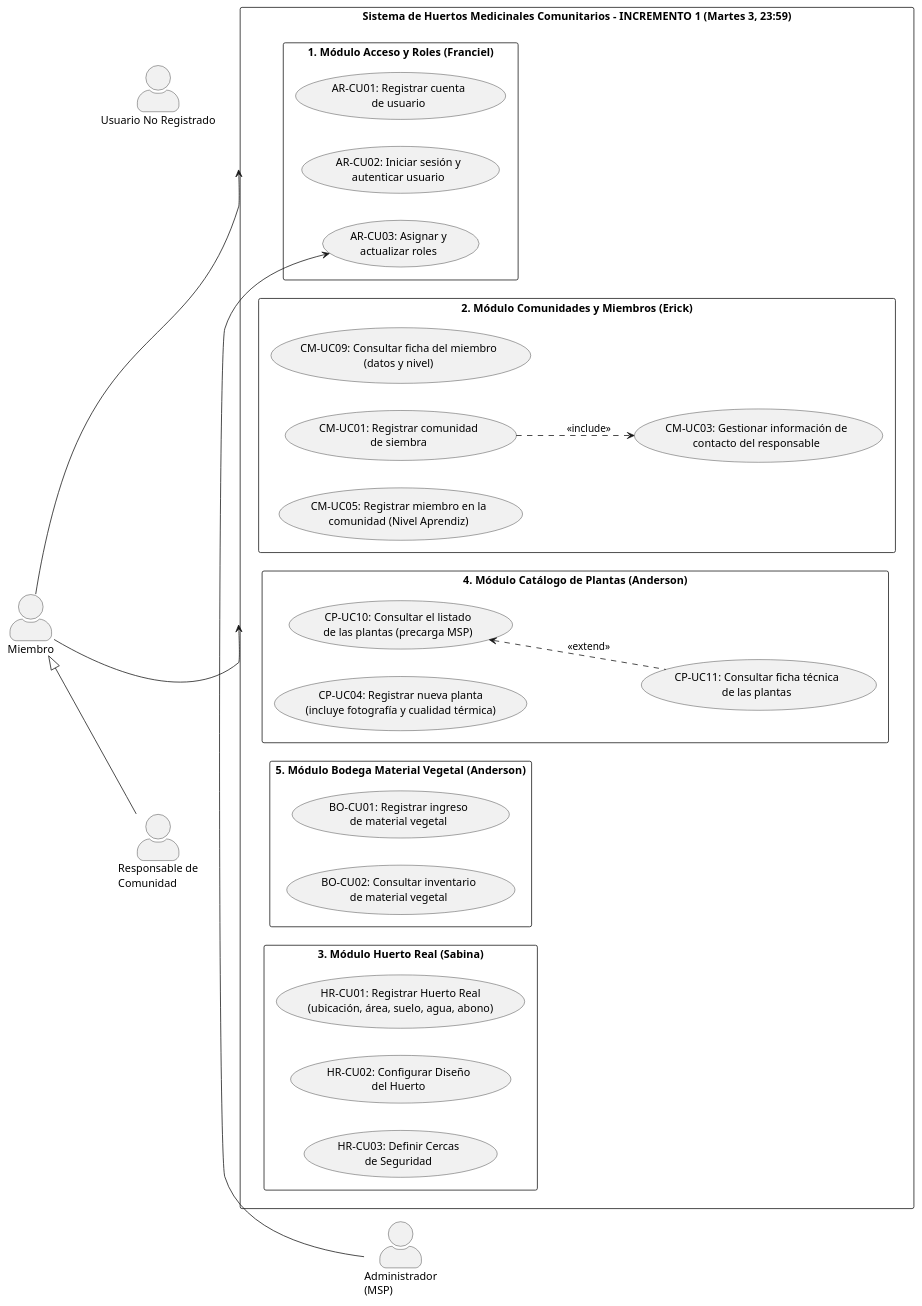
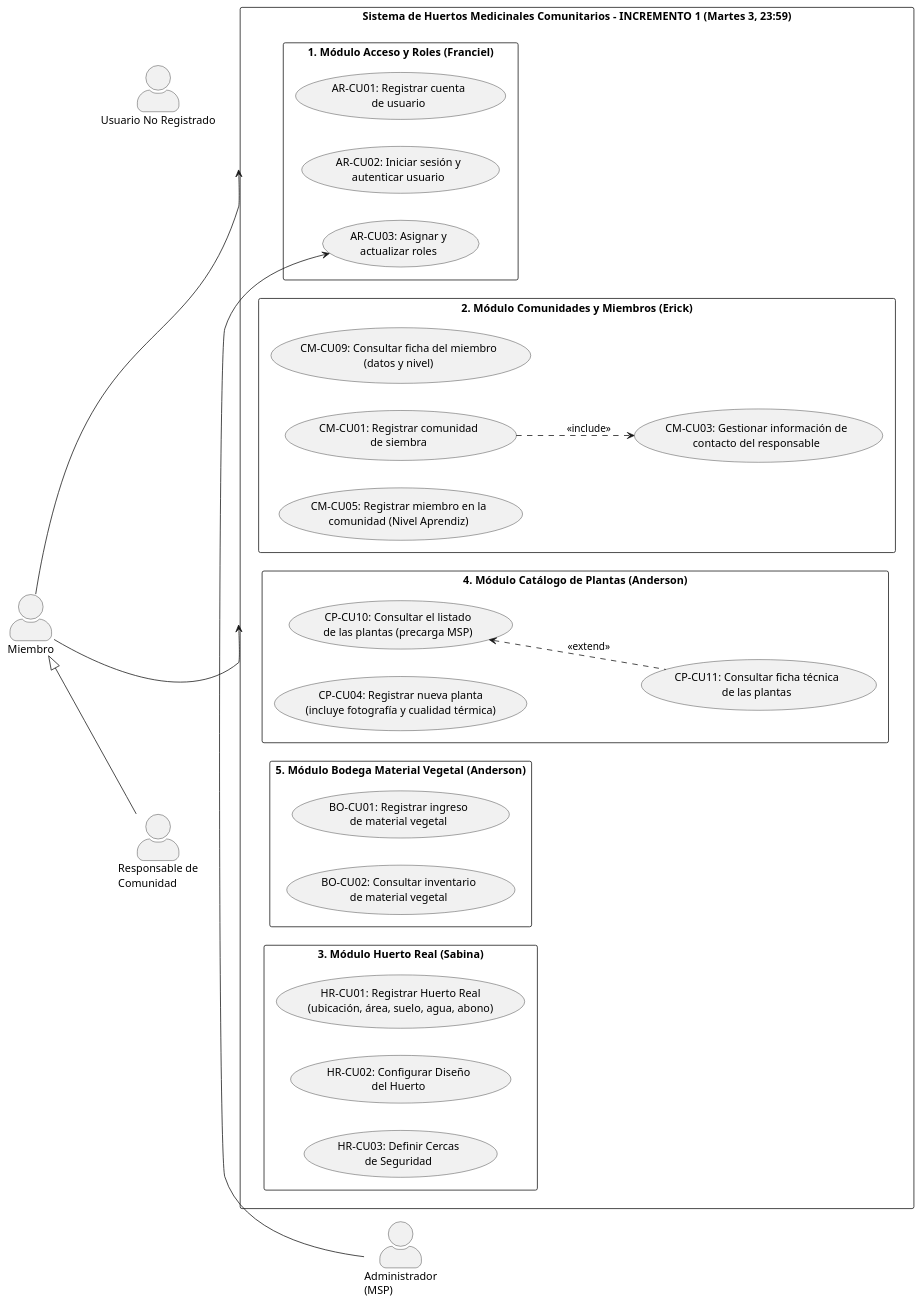
One commit to DanMeraDev/huertos-medicinales changed the diagram in docs/incremento1/casosDeUso.puml. Above: the diagram before and after it, drawn with PlantUML. The commit also changed 7 other files, not shown here.

```diff
--- a/docs/incremento1/casosDeUso.puml
+++ b/docs/incremento1/casosDeUso.puml
@@ -1,75 +1,75 @@
 @startuml Incremento1_General_HuertosMedicinales
 left to right direction
 skinparam packageStyle rectangle
 skinparam actorStyle awesome
 
 ' === ACTORES HUMANOS Y JERARQUÍA DE ROLES ===
 actor "Usuario No Registrado" as UnregUser
 actor "Miembro" as Miembro
 actor "Responsable de\nComunidad" as RespComunidad
 actor "Administrador\n(MSP)" as Admin
 
 Miembro <|-- RespComunidad
 RespComunidad <|-- Admin
 
 rectangle "Sistema de Huertos Medicinales Comunitarios - INCREMENTO 1 (Martes 3, 23:59)" {
 
   package "1. Módulo Acceso y Roles (Franciel)" {
     usecase "AR-CU01: Registrar cuenta\nde usuario" as AR_CU01
     usecase "AR-CU02: Iniciar sesión y\nautenticar usuario" as AR_CU02
     usecase "AR-CU03: Asignar y\nactualizar roles" as AR_CU03
   }
 
   package "2. Módulo Comunidades y Miembros (Erick)" {
-    usecase "CM-UC01: Registrar comunidad\nde siembra" as CM_UC01
-    usecase "CM-UC03: Gestionar información de\ncontacto del responsable" as CM_UC03
-    usecase "CM-UC05: Registrar miembro en la\ncomunidad (Nivel Aprendiz)" as CM_UC05
-    usecase "CM-UC09: Consultar ficha del miembro\n(datos y nivel)" as CM_UC09
+    usecase "CM-CU01: Registrar comunidad\nde siembra" as CM_CU01
+    usecase "CM-CU03: Gestionar información de\ncontacto del responsable" as CM_CU03
+    usecase "CM-CU05: Registrar miembro en la\ncomunidad (Nivel Aprendiz)" as CM_CU05
+    usecase "CM-CU09: Consultar ficha del miembro\n(datos y nivel)" as CM_CU09
   }
 
   package "3. Módulo Huerto Real (Sabina)" {
     usecase "HR-CU01: Registrar Huerto Real\n(ubicación, área, suelo, agua, abono)" as HR_CU01
     usecase "HR-CU02: Configurar Diseño\ndel Huerto" as HR_CU02
     usecase "HR-CU03: Definir Cercas\nde Seguridad" as HR_CU03
   }
 
   package "4. Módulo Catálogo de Plantas (Anderson)" {
-    usecase "CP-UC04: Registrar nueva planta\n(incluye fotografía y cualidad térmica)" as CP_UC04
-    usecase "CP-UC10: Consultar el listado\nde las plantas (precarga MSP)" as CP_UC10
-    usecase "CP-UC11: Consultar ficha técnica\nde las plantas" as CP_UC11
+    usecase "CP-CU04: Registrar nueva planta\n(incluye fotografía y cualidad térmica)" as CP_CU04
+    usecase "CP-CU10: Consultar el listado\nde las plantas (precarga MSP)" as CP_CU10
+    usecase "CP-CU11: Consultar ficha técnica\nde las plantas" as CP_CU11
   }
 
   package "5. Módulo Bodega Material Vegetal (Anderson)" {
     usecase "BO-CU01: Registrar ingreso\nde material vegetal" as BO_CU01
     usecase "BO-CU02: Consultar inventario\nde material vegetal" as BO_CU02
   }
 }
 
 ' === RELACIONES ===
 ' 1. Acceso y Roles
 UnregUser --> AR_CU01
 Miembro --> AR_CU02
 Admin --> AR_CU03
 
 ' 2. Comunidades y Miembros
-RespComunidad --> CM_UC01
-CM_UC01 ..> CM_UC03 : <<include>>
-RespComunidad --> CM_UC05
-Miembro --> CM_UC09
+RespComunidad --> CM_CU01
+CM_CU01 ..> CM_CU03 : <<include>>
+RespComunidad --> CM_CU05
+Miembro --> CM_CU09
 
 ' 3. Huerto Real
 RespComunidad --> HR_CU01
 RespComunidad --> HR_CU02
 RespComunidad --> HR_CU03
 
 ' 4. Catálogo de Plantas
-RespComunidad --> CP_UC04
-Miembro --> CP_UC10
-Miembro --> CP_UC11
-CP_UC10 <.. CP_UC11 : <<extend>>
+RespComunidad --> CP_CU04
+Miembro --> CP_CU10
+Miembro --> CP_CU11
+CP_CU10 <.. CP_CU11 : <<extend>>
 
 ' 5. Bodega
 RespComunidad --> BO_CU01
 RespComunidad --> BO_CU02
 
 @enduml
```
